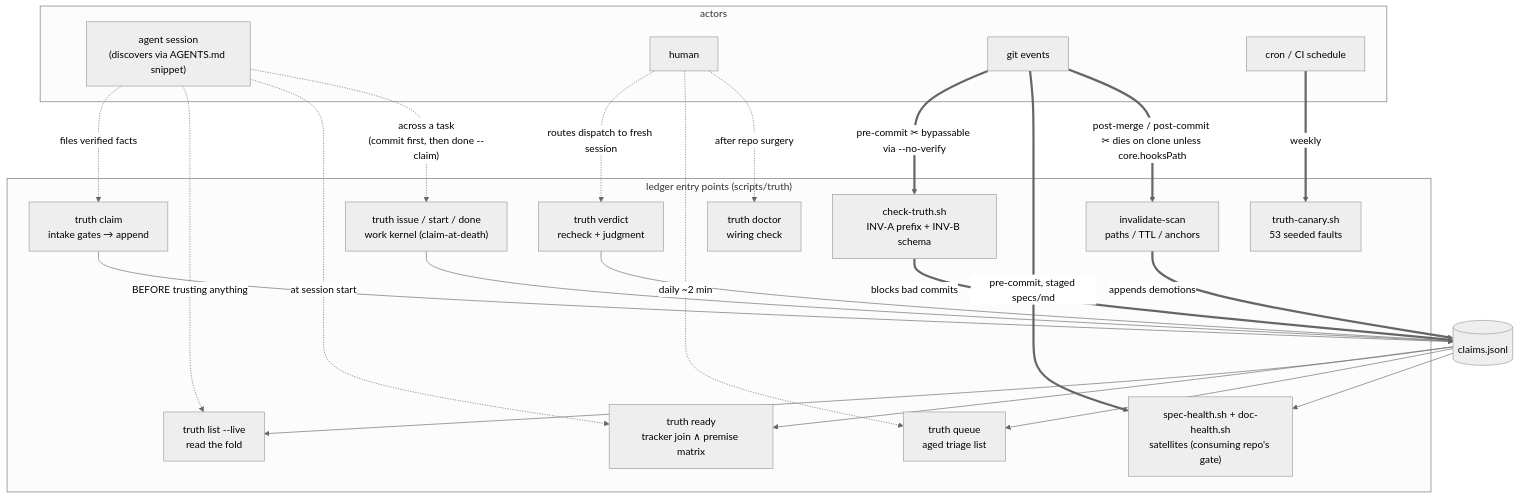
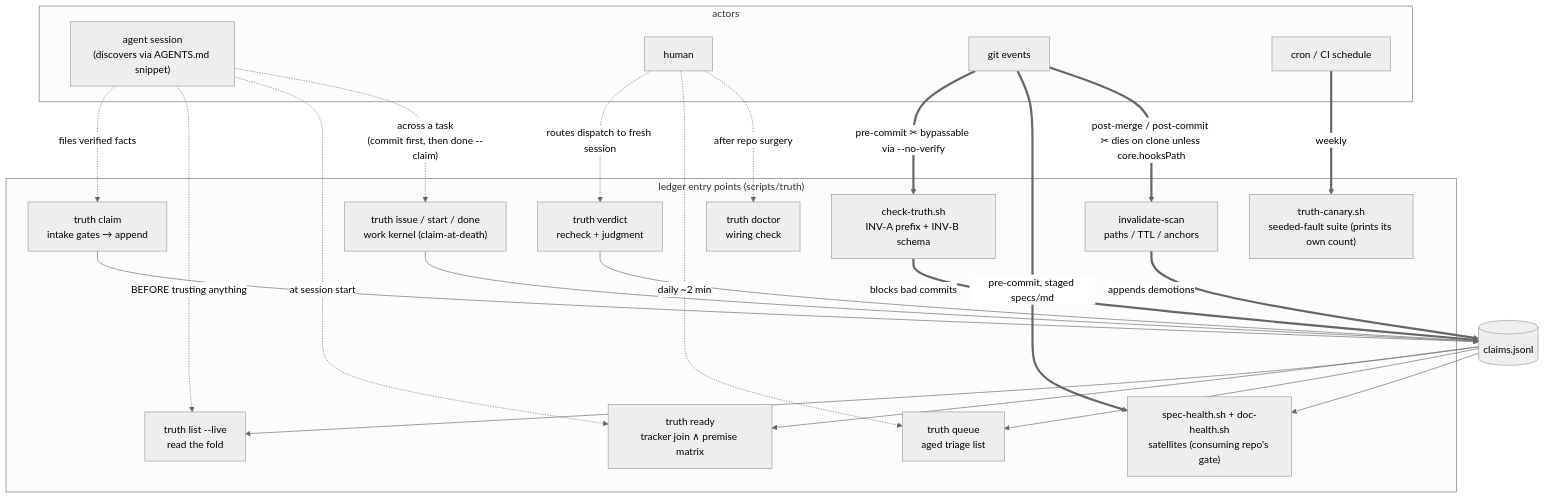
One commit to m1981/truth-ledger changed the first of 4 diagrams in docs/truth-ledger-operations-guide.md. Above: the diagram before and after it, drawn with Mermaid (neutral theme). The commit also changed other lines of this file and 14 other files, not shown here.

````diff
--- a/docs/truth-ledger-operations-guide.md
+++ b/docs/truth-ledger-operations-guide.md
@@ -86,44 +86,44 @@
 ```mermaid
 flowchart TB
     subgraph actors["actors"]
         AG["agent session<br/>(discovers via AGENTS.md snippet)"]
         HU["human"]
         GIT["git events"]
         CRON["cron / CI schedule"]
     end
 
     subgraph cli["ledger entry points (scripts/truth)"]
         CLAIM["truth claim<br/>intake gates → append"]
         LIST["truth list --live<br/>read the fold"]
         VERD["truth verdict<br/>recheck + judgment"]
         QUEUE["truth queue<br/>aged triage list"]
         READY["truth ready<br/>tracker join ∧ premise matrix"]
         KERN["truth issue / start / done<br/>work kernel (claim-at-death)"]
         SCAN["invalidate-scan<br/>paths / TTL / anchors"]
         GATE["check-truth.sh<br/>INV-A prefix + INV-B schema"]
         SAT["spec-health.sh + doc-health.sh<br/>satellites (consuming repo's gate)"]
-        CAN["truth-canary.sh<br/>53 seeded faults"]
+        CAN["truth-canary.sh<br/>seeded-fault suite (prints its own count)"]
         DOC["truth doctor<br/>wiring check"]
     end
 
     L[("claims.jsonl")]
 
     AG -.->|"files verified facts"| CLAIM --> L
     AG -.->|"BEFORE trusting anything"| LIST
     AG -.->|"at session start"| READY
     AG -.->|"across a task<br/>(commit first, then done --claim)"| KERN --> L
     L --> READY
     L --> LIST
     HU -.->|"routes dispatch to fresh session"| VERD --> L
     HU -.->|"daily ~2 min"| QUEUE
     L --> QUEUE
 
     GIT ==>|"pre-commit ✂ bypassable via --no-verify"| GATE
     GATE ==>|"blocks bad commits"| L
     GIT ==>|"pre-commit, staged specs/md"| SAT
     L --> SAT
     GIT ==>|"post-merge / post-commit ✂ dies on clone unless core.hooksPath"| SCAN
     SCAN ==>|"appends demotions"| L
     CRON ==>|"weekly"| CAN
     HU -.->|"after repo surgery"| DOC
 ```
````
